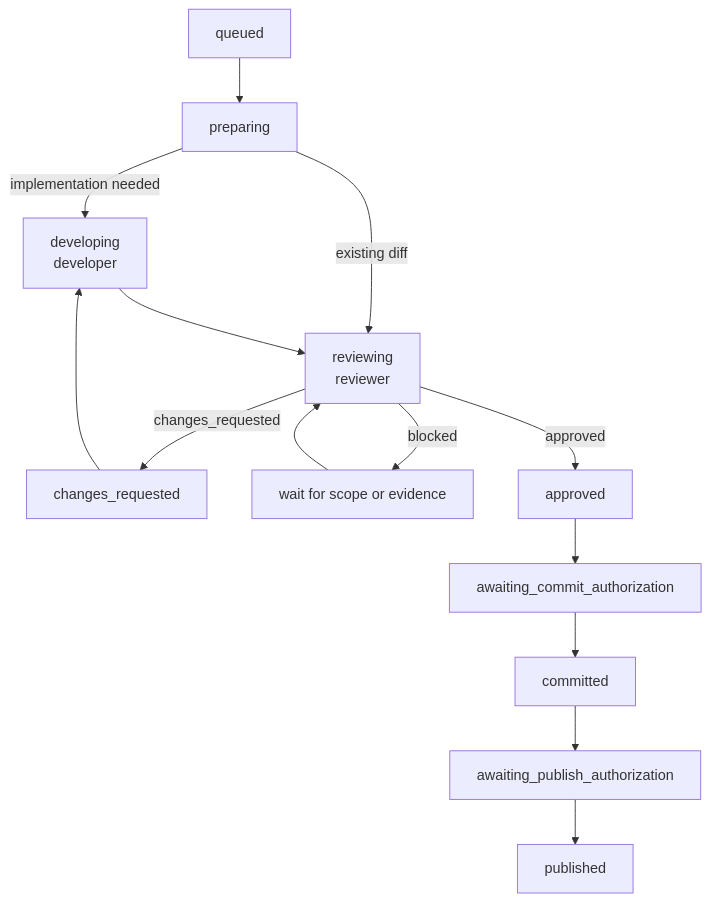
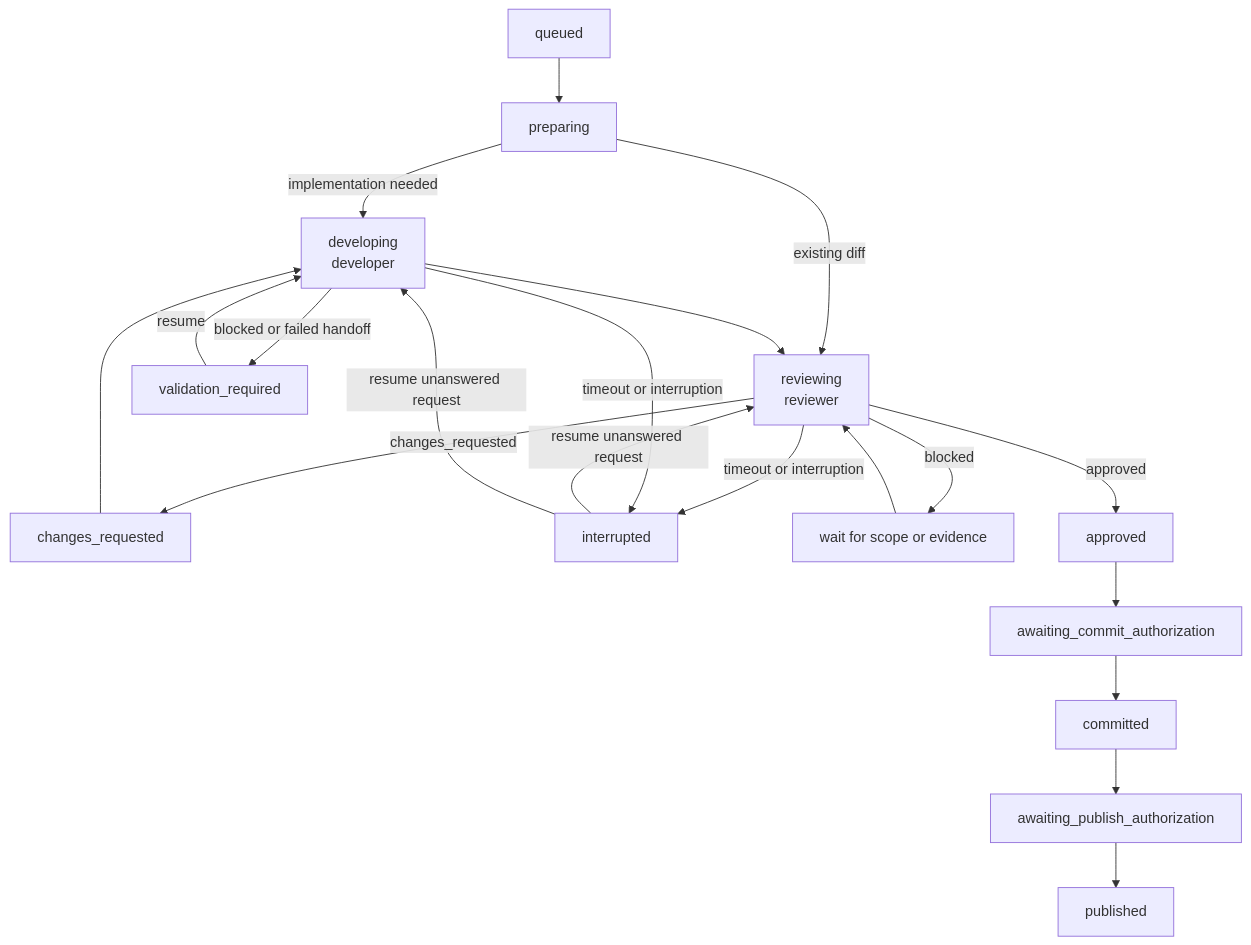
Before and after one commit to asokolsky/agent-orchestra: the diagram in docs/workflows.md, drawn with Mermaid. The commit also changed other lines of this file and 14 other files, not shown here.

````diff
--- a/docs/workflows.md
+++ b/docs/workflows.md
@@ -19,16 +19,22 @@
 ```mermaid
 flowchart TB
     queued[queued] --> preparing[preparing]
     preparing -->|implementation needed| developing[developing<br/>developer]
     preparing -->|existing diff| reviewing[reviewing<br/>reviewer]
     developing --> reviewing
     reviewing -->|changes_requested| changes[changes_requested]
     changes --> developing
+    developing -->|blocked or failed handoff| validation[validation_required]
+    validation -->|resume| developing
+    reviewing -->|timeout or interruption| interrupted[interrupted]
+    developing -->|timeout or interruption| interrupted
+    interrupted -->|resume unanswered request| reviewing
+    interrupted -->|resume unanswered request| developing
     reviewing -->|blocked| evidence[wait for scope or evidence]
     evidence --> reviewing
     reviewing -->|approved| approved[approved]
     approved --> commit_auth[awaiting_commit_authorization]
     commit_auth --> committed[committed]
     committed --> publish_auth[awaiting_publish_authorization]
     publish_auth --> published[published]
 ```
````
